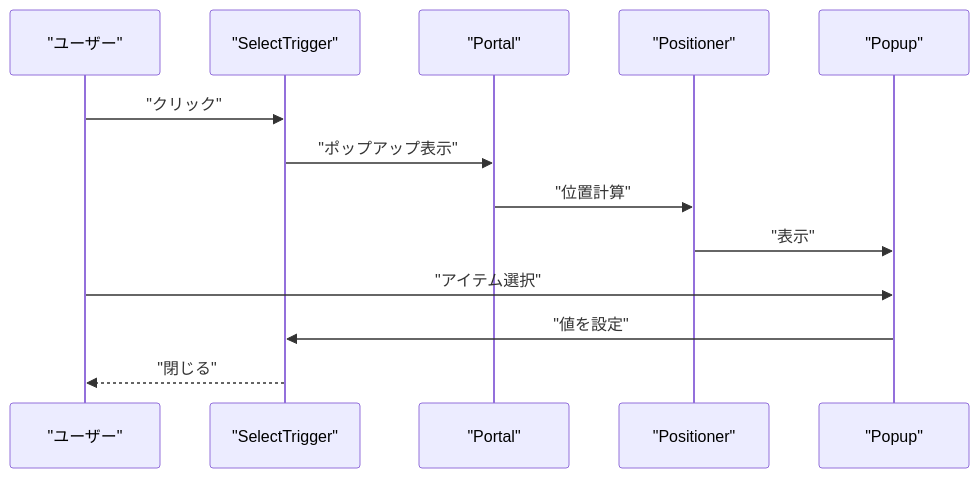
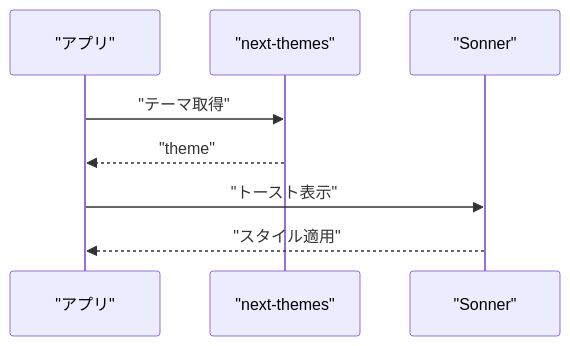
Before and after one commit to ss8806/Todos: the ninth of 10 diagrams in .qoder/repowiki/ja/content/フロントエンドアーキテクチャ/UIコンポーネント.md, drawn with Mermaid. The commit also changed other lines of this file and 106 other files, not shown here.

````diff
--- a/.qoder/repowiki/ja/content/フロントエンドアーキテクチャ/UIコンポーネント.md
+++ b/.qoder/repowiki/ja/content/フロントエンドアーキテクチャ/UIコンポーネント.md
@@ -339,15 +510,10 @@
 ```mermaid
 sequenceDiagram
-participant U as "ユーザー"
-participant T as "SelectTrigger"
-participant P as "Portal"
-participant POS as "Positioner"
-participant POP as "Popup"
-U->>T : "クリック"
-T->>P : "ポップアップ表示"
-P->>POS : "位置計算"
-POS->>POP : "表示"
-U->>POP : "アイテム選択"
-POP->>T : "値を設定"
-T-->>U : "閉じる"
+participant App as "アプリ"
+participant Theme as "next-themes"
+participant Toas as "Sonner"
+App->>Theme : "テーマ取得"
+Theme-->>App : "theme"
+App->>Toas : "トースト表示"
+Toas-->>App : "スタイル適用"
 ```
````
